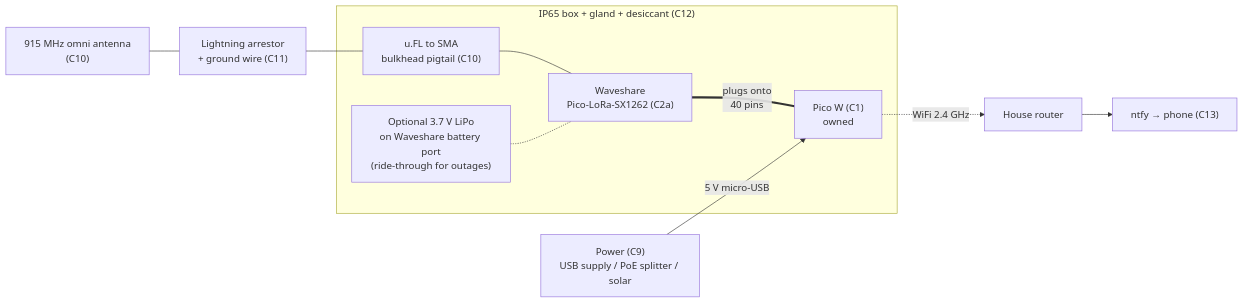
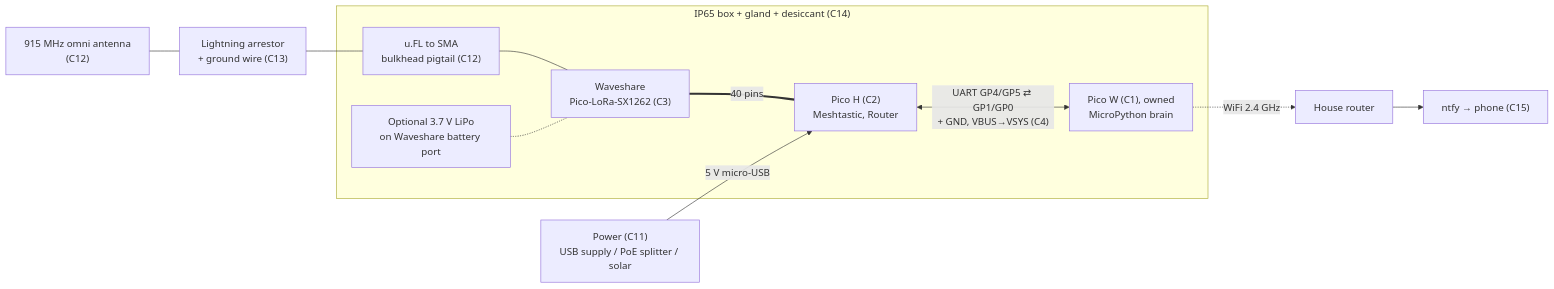
Before and after one commit to markfyoung0711/farm-mesh: the first of 4 diagrams in docs/components.md, drawn with Mermaid. The commit also changed other lines of this file and 22 other files, not shown here.

````diff
--- a/docs/components.md
+++ b/docs/components.md
@@ -19,12 +19,13 @@
 ```mermaid
 flowchart LR
-    ANT["915 MHz omni antenna<br/>(C10)"] --- LA["Lightning arrestor<br/>+ ground wire (C11)"]
-    LA --- PIG["u.FL to SMA<br/>bulkhead pigtail (C10)"]
-    subgraph BOX["IP65 box + gland + desiccant (C12)"]
-        PIG --- LORA["Waveshare<br/>Pico-LoRa-SX1262 (C2a)"]
-        LORA ===|"plugs onto<br/>40 pins"| PICO["Pico W (C1)<br/>owned"]
-        BAT["Optional 3.7 V LiPo<br/>on Waveshare battery port<br/>(ride-through for outages)"] -.- LORA
+    ANT["915 MHz omni antenna<br/>(C12)"] --- LA["Lightning arrestor<br/>+ ground wire (C13)"]
+    LA --- PIG["u.FL to SMA<br/>bulkhead pigtail (C12)"]
+    subgraph BOX["IP65 box + gland + desiccant (C14)"]
+        PIG --- LORA["Waveshare<br/>Pico-LoRa-SX1262 (C3)"]
+        LORA ===|"40 pins"| RADIO["Pico H (C2)<br/>Meshtastic, Router"]
+        RADIO <-->|"UART GP4/GP5 ⇄ GP1/GP0<br/>+ GND, VBUS→VSYS (C4)"| BRAIN["Pico W (C1), owned<br/>MicroPython brain"]
+        BAT["Optional 3.7 V LiPo<br/>on Waveshare battery port"] -.- LORA
     end
-    PWR["Power (C9)<br/>USB supply / PoE splitter / solar"] -->|"5 V micro-USB"| PICO
-    PICO -.->|"WiFi 2.4 GHz"| HOUSE["House router"] --> NTFY["ntfy → phone (C13)"]
+    PWR["Power (C11)<br/>USB supply / PoE splitter / solar"] -->|"5 V micro-USB"| RADIO
+    BRAIN -.->|"WiFi 2.4 GHz"| HOUSE["House router"] --> NTFY["ntfy → phone (C15)"]
 ```
````
